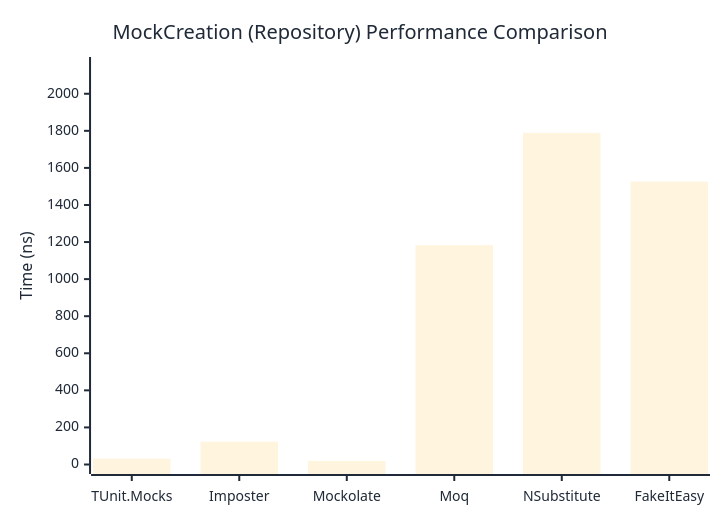
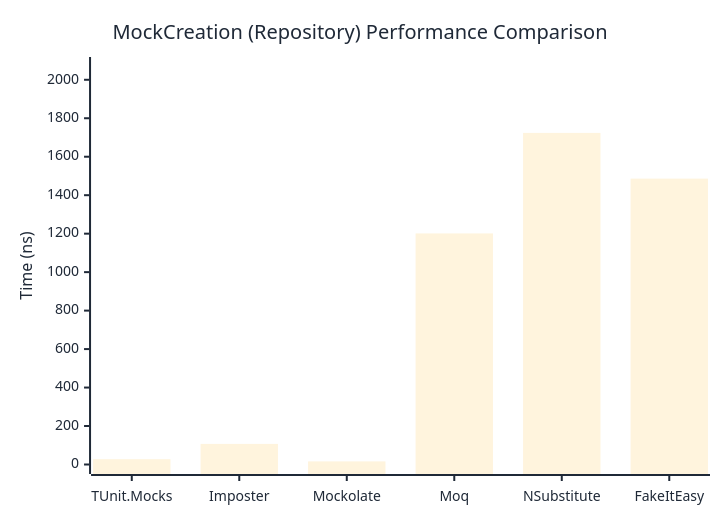
The second of 2 diagrams in docs/docs/benchmarks/mocks/MockCreation.md (thomhurst/TUnit), drawn with Mermaid before and after one commit. The commit also changed other lines of this file and 14 other files, not shown here.

````diff
--- a/docs/docs/benchmarks/mocks/MockCreation.md
+++ b/docs/docs/benchmarks/mocks/MockCreation.md
@@ -71,27 +71,27 @@
 ```mermaid
 %%{init: {
   'theme':'base',
   'themeVariables': {
     'primaryColor': '#2563eb',
     'primaryTextColor': '#1f2937',
     'primaryBorderColor': '#1e40af',
     'lineColor': '#6b7280',
     'secondaryColor': '#7c3aed',
     'tertiaryColor': '#dc2626',
     'background': '#ffffff',
     'pie1': '#2563eb',
     'pie2': '#7c3aed',
     'pie3': '#dc2626',
     'pie4': '#f59e0b',
     'pie5': '#10b981',
     'pie6': '#06b6d4',
     'pie7': '#ec4899',
     'pie8': '#6366f1'
   }
 }}%%
 xychart-beta
   title "MockCreation (Repository) Performance Comparison"
   x-axis ["TUnit.Mocks", "Imposter", "Mockolate", "Moq", "NSubstitute", "FakeItEasy"]
-  y-axis "Time (ns)" 0 --> 2147
-  bar [31.47, 122.95, 19.2, 1183.24, 1788.8, 1525.93]
+  y-axis "Time (ns)" 0 --> 2069
+  bar [27.53, 107.13, 16.15, 1201.21, 1723.85, 1486.12]
 ```
````
